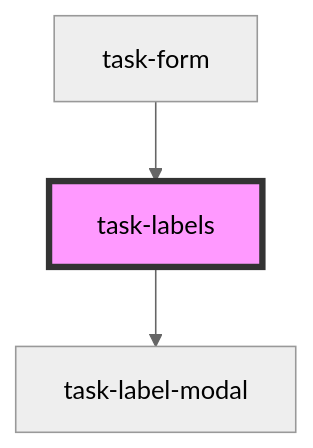
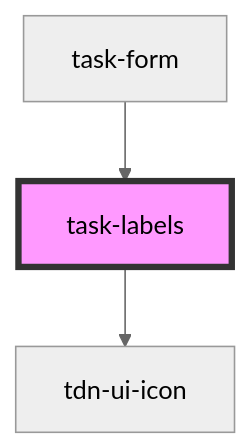
One commit to ajarana/to-done changed the diagram in libs/ui/src/components/task-labels/readme.md. Above: the diagram before and after it, drawn with Mermaid (neutral theme). The commit also changed other lines of this file and 63 other files, not shown here.

````diff
--- a/libs/ui/src/components/task-labels/readme.md
+++ b/libs/ui/src/components/task-labels/readme.md
@@ -33,6 +33,6 @@
 ```mermaid
 graph TD;
-  task-labels --> task-label-modal
+  task-labels --> tdn-ui-icon
   task-form --> task-labels
   style task-labels fill:#f9f,stroke:#333,stroke-width:4px
 ```
````
